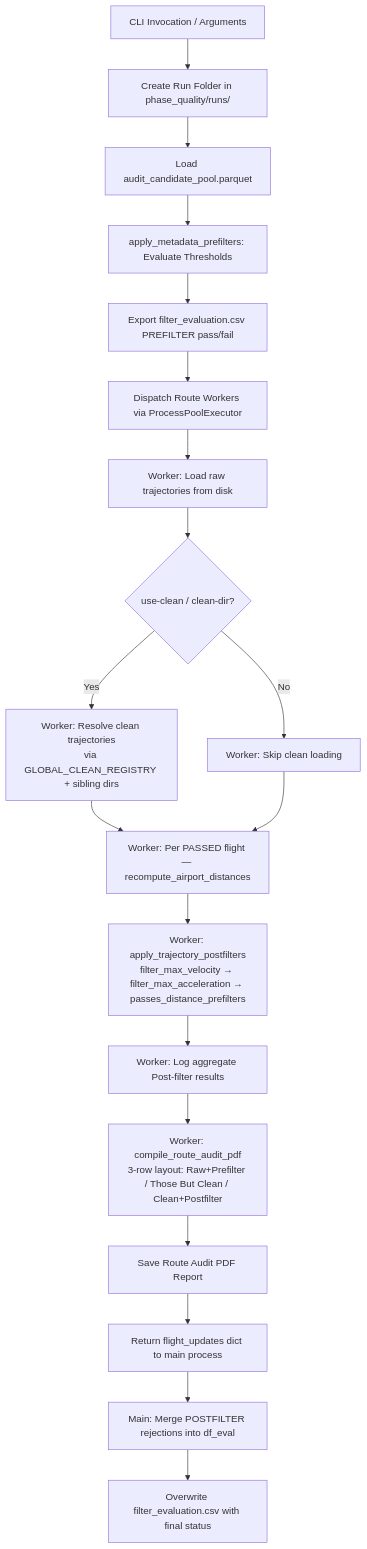
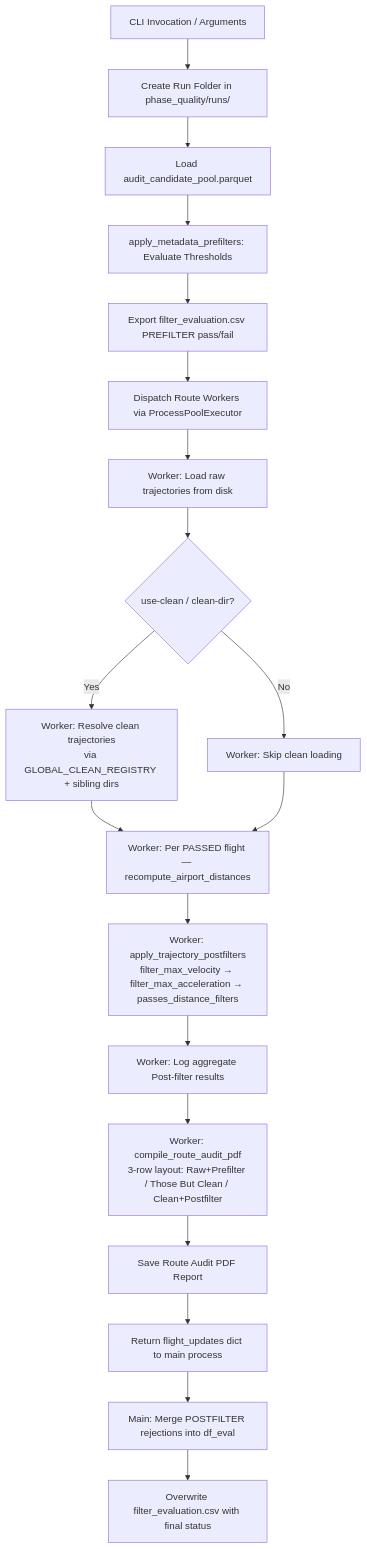
Before and after one commit to Bauzement123/flight-physics-pipeline: the second of 3 diagrams in src/analysis/campaigns/phase_quality/README.md, drawn with Mermaid. The commit also changed other lines of this file and 5 other files, not shown here.

````diff
--- a/src/analysis/campaigns/phase_quality/README.md
+++ b/src/analysis/campaigns/phase_quality/README.md
@@ -102,21 +102,21 @@
 ```mermaid
 flowchart TD
     A[CLI Invocation / Arguments] --> B[Create Run Folder in phase_quality/runs/]
     B --> C[Load audit_candidate_pool.parquet]
     C --> D[apply_metadata_prefilters: Evaluate Thresholds]
     D --> E[Export filter_evaluation.csv PREFILTER pass/fail]
     E --> F[Dispatch Route Workers via ProcessPoolExecutor]
     F --> G[Worker: Load raw trajectories from disk]
     G --> H{use-clean / clean-dir?}
     H -->|Yes| I[Worker: Resolve clean trajectories\nvia GLOBAL_CLEAN_REGISTRY + sibling dirs]
     H -->|No| J[Worker: Skip clean loading]
     I --> K[Worker: Per PASSED flight — recompute_airport_distances]
     J --> K
-    K --> L[Worker: apply_trajectory_postfilters\nfilter_max_velocity → filter_max_acceleration → passes_distance_prefilters]
+    K --> L[Worker: apply_trajectory_postfilters\nfilter_max_velocity → filter_max_acceleration → passes_distance_filters]
     L --> M[Worker: Log aggregate Post-filter results]
     M --> N[Worker: compile_route_audit_pdf\n3-row layout: Raw+Prefilter / Those But Clean / Clean+Postfilter]
     N --> O[Save Route Audit PDF Report]
     O --> P[Return flight_updates dict to main process]
     P --> Q[Main: Merge POSTFILTER rejections into df_eval]
     Q --> R[Overwrite filter_evaluation.csv with final status]
 ```
````
